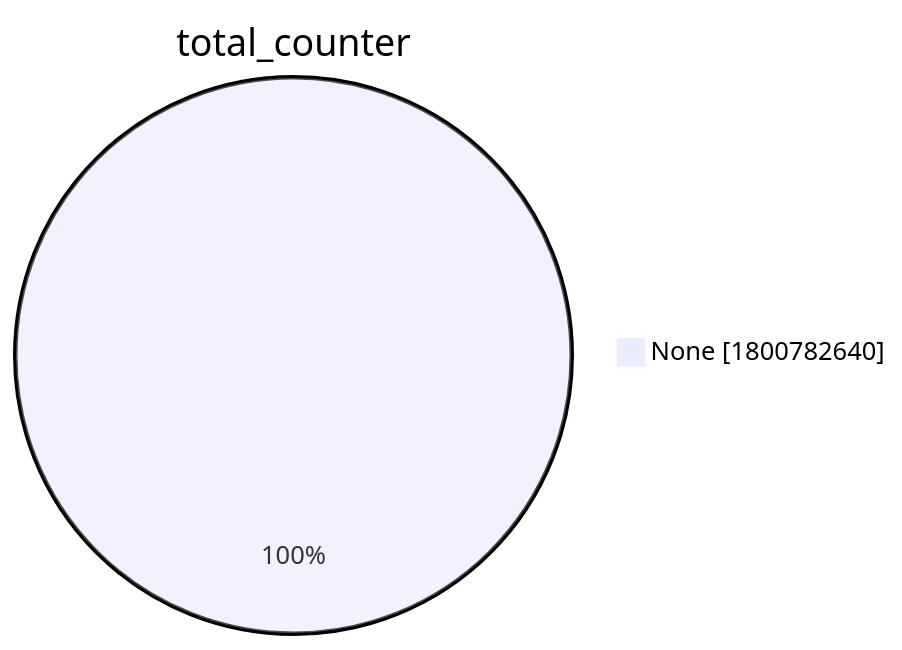
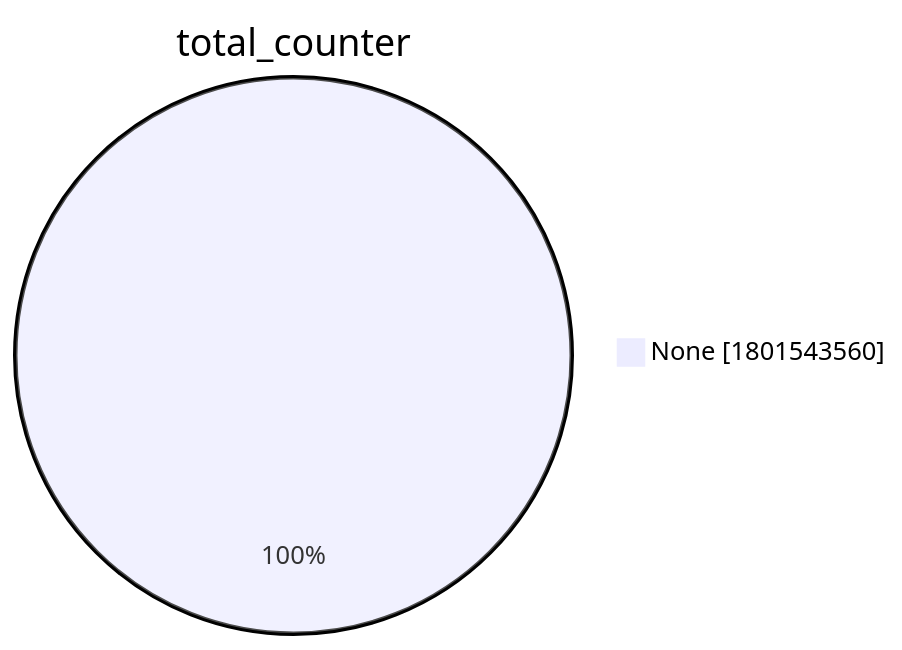
Before and after one commit to christiankrug/ctmonitor_visualization: the second of 15 diagrams in xenon2022/README.md, drawn with Mermaid. The commit also changed other lines of this file, not shown here.

````diff
--- a/xenon2022/README.md
+++ b/xenon2022/README.md
@@ -9,5 +9,5 @@
 ```mermaid
 pie showData
 title total_counter
-"None" :1800782640
+"None" :1801543560
 ```
````
